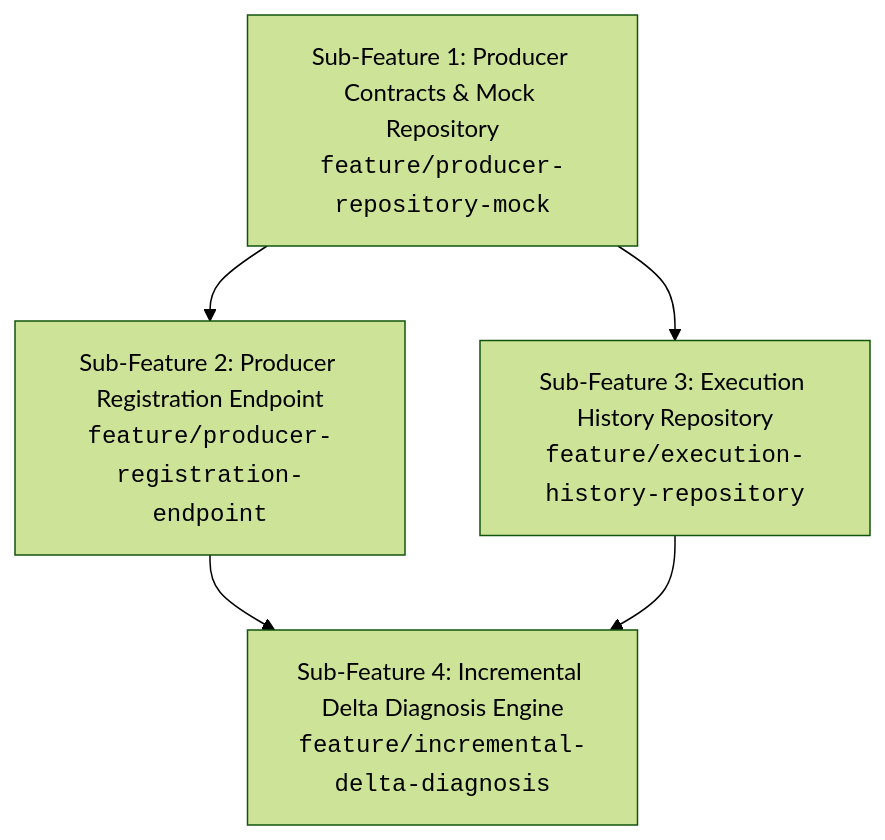
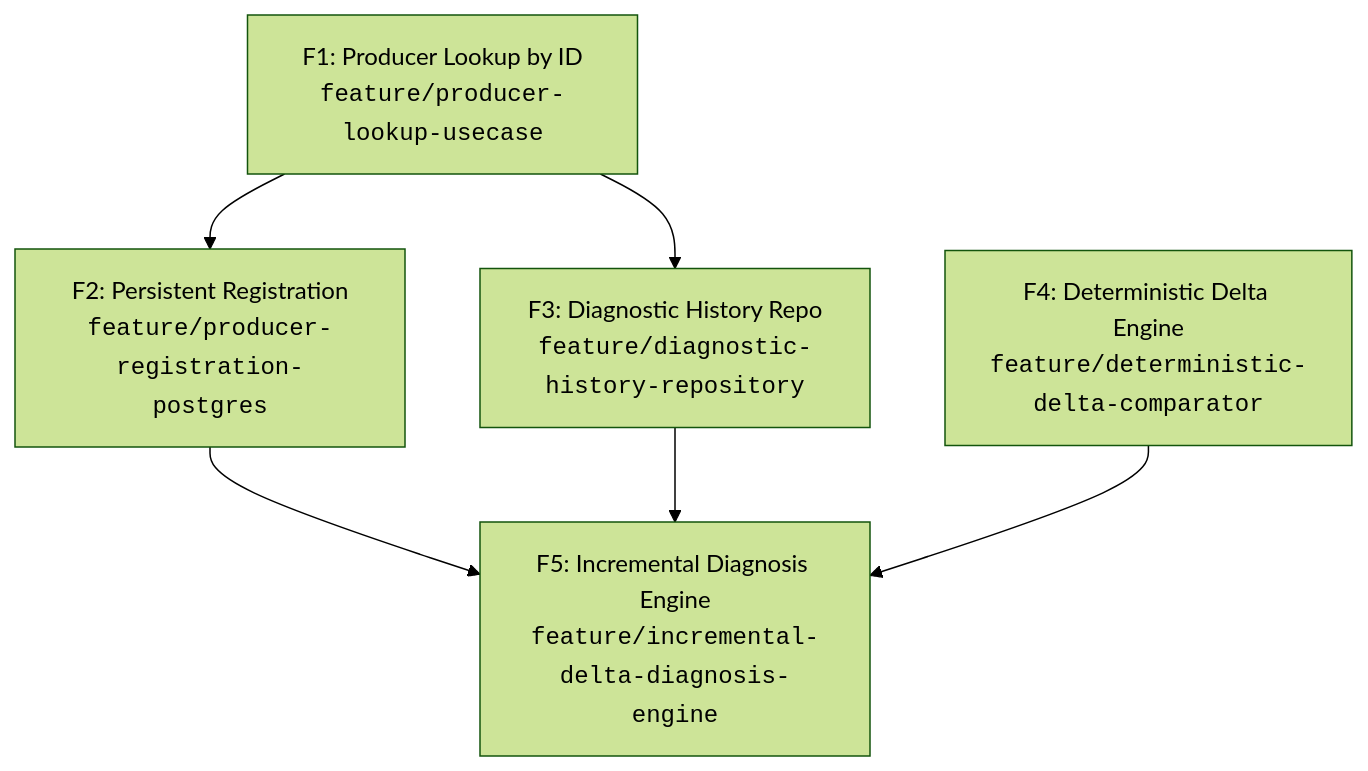
Before and after one commit to MarcosVeniciu/antigravity-agentic-workflows: the diagram in skills/plan-decompose/examples/epic_decomposition_example.md, drawn with Mermaid (forest theme). The commit also changed other lines of this file and 4 other files, not shown here.

Commit message:
feat: implement macro-architecture epic decomposition workflow and evolutionary slicing skill

````diff
--- a/skills/plan-decompose/examples/epic_decomposition_example.md
+++ b/skills/plan-decompose/examples/epic_decomposition_example.md
@@ -14,6 +120,7 @@
 ```mermaid
 flowchart TD
-    F1["Sub-Feature 1: Producer Contracts & Mock Repository<br/><code>feature/producer-repository-mock</code>"] --> F2["Sub-Feature 2: Producer Registration Endpoint<br/><code>feature/producer-registration-endpoint</code>"]
-    F1 --> F3["Sub-Feature 3: Execution History Repository<br/><code>feature/execution-history-repository</code>"]
-    F2 & F3 --> F4["Sub-Feature 4: Incremental Delta Diagnosis Engine<br/><code>feature/incremental-delta-diagnosis</code>"]
+    F1["F1: Producer Lookup by ID<br/><code>feature/producer-lookup-usecase</code>"] --> F2["F2: Persistent Registration<br/><code>feature/producer-registration-postgres</code>"]
+    F1 --> F3["F3: Diagnostic History Repo<br/><code>feature/diagnostic-history-repository</code>"]
+    F4["F4: Deterministic Delta Engine<br/><code>feature/deterministic-delta-comparator</code>"]
+    F2 & F3 & F4 --> F5["F5: Incremental Diagnosis Engine<br/><code>feature/incremental-delta-diagnosis-engine</code>"]
 ```
````
